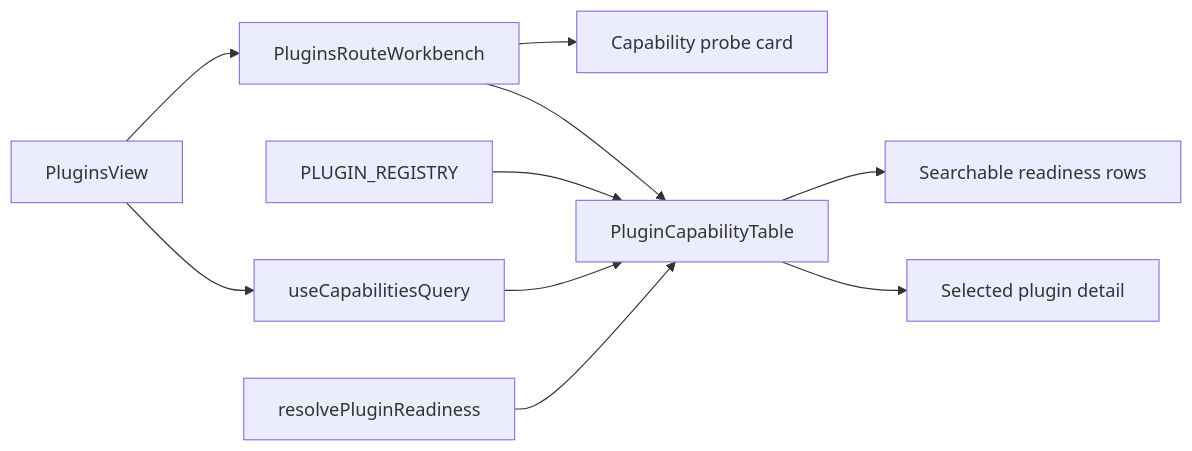
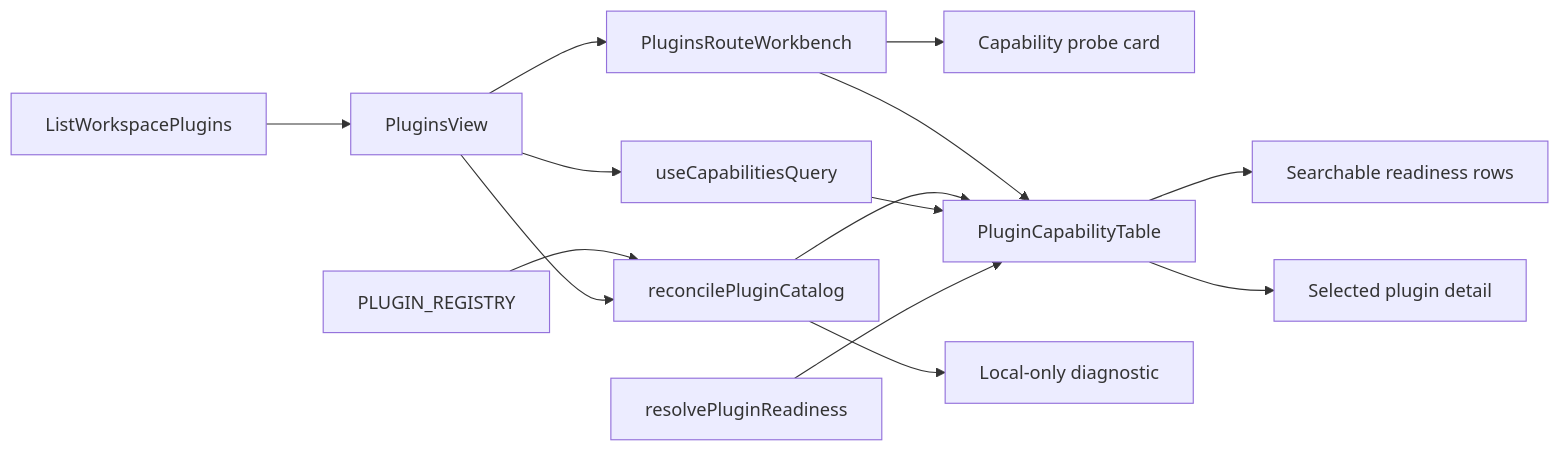
One commit to dunay2/dvt changed the diagram in docs/architecture/components/web/plugins/plugin-capability-table-component.md. Above: the diagram before and after it, drawn with Mermaid. The commit also changed other lines of this file and 1 other file, not shown here.

Commit message:
docs(docs): Align plugin catalog component authority

````diff
--- a/docs/architecture/components/web/plugins/plugin-capability-table-component.md
+++ b/docs/architecture/components/web/plugins/plugin-capability-table-component.md
@@ -60,12 +69,16 @@
 ```mermaid
 flowchart LR
-  View["PluginsView"] --> Query["useCapabilitiesQuery"]
+  Catalog["ListWorkspacePlugins"] --> View["PluginsView"]
+  Registry["PLUGIN_REGISTRY"] --> Reconcile["reconcilePluginCatalog"]
+  View --> Reconcile
+  View --> Query["useCapabilitiesQuery"]
   View --> Workbench["PluginsRouteWorkbench"]
   Workbench --> Probe["Capability probe card"]
   Workbench --> Table["PluginCapabilityTable"]
-  Registry["PLUGIN_REGISTRY"] --> Table
+  Reconcile --> Table
+  Reconcile --> Diagnostic["Local-only diagnostic"]
   Query --> Table
   Model["resolvePluginReadiness"] --> Table
   Table --> Rows["Searchable readiness rows"]
   Table --> Detail["Selected plugin detail"]
 ```
````
